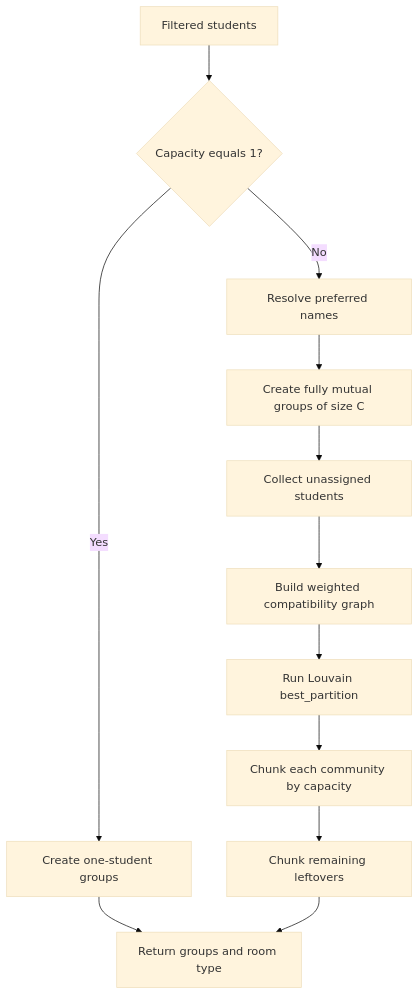
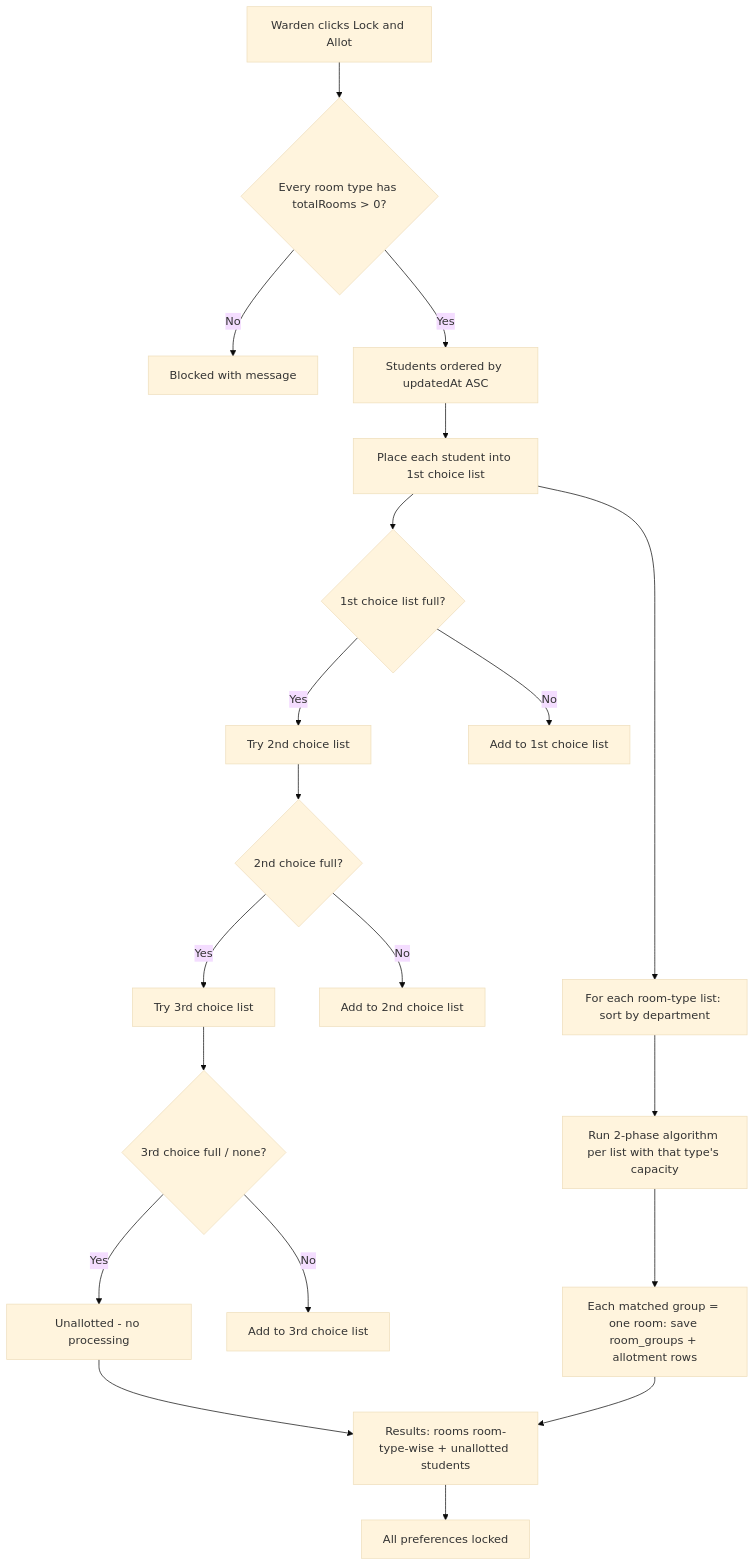
Before and after one commit to Mohit-R-04/StableRoomie: the second of 3 diagrams in readme.md, drawn with Mermaid (base theme). The commit also changed other lines of this file and 42 other files, not shown here.

````diff
--- a/readme.md
+++ b/readme.md
@@ -430,14 +212,22 @@
 ```mermaid
 flowchart TD
-    A[Filtered students] --> B{Capacity equals 1?}
-    B -->|Yes| C[Create one-student groups]
-    B -->|No| D[Resolve preferred names]
-    D --> E[Create fully mutual groups of size C]
-    E --> F[Collect unassigned students]
-    F --> G[Build weighted compatibility graph]
-    G --> H[Run Louvain best_partition]
-    H --> I[Chunk each community by capacity]
-    I --> J[Chunk remaining leftovers]
-    C --> K[Return groups and room type]
-    J --> K
+    A[Warden clicks Lock and Allot] --> B{Every room type has totalRooms > 0?}
+    B -->|No| X[Blocked with message]
+    B -->|Yes| C[Students ordered by updatedAt ASC]
+    C --> D[Place each student into 1st choice list]
+    D --> E{1st choice list full?}
+    E -->|Yes| F[Try 2nd choice list]
+    F --> G{2nd choice full?}
+    G -->|Yes| H[Try 3rd choice list]
+    G -->|No| I[Add to 2nd choice list]
+    H --> J{3rd choice full / none?}
+    J -->|Yes| K[Unallotted - no processing]
+    J -->|No| L[Add to 3rd choice list]
+    E -->|No| M[Add to 1st choice list]
+    D --> N[For each room-type list: sort by department]
+    N --> O[Run 2-phase algorithm per list with that type's capacity]
+    O --> P[Each matched group = one room: save room_groups + allotment rows]
+    K --> Q[Results: rooms room-type-wise + unallotted students]
+    P --> Q
+    Q --> R[All preferences locked]
 ```
````
